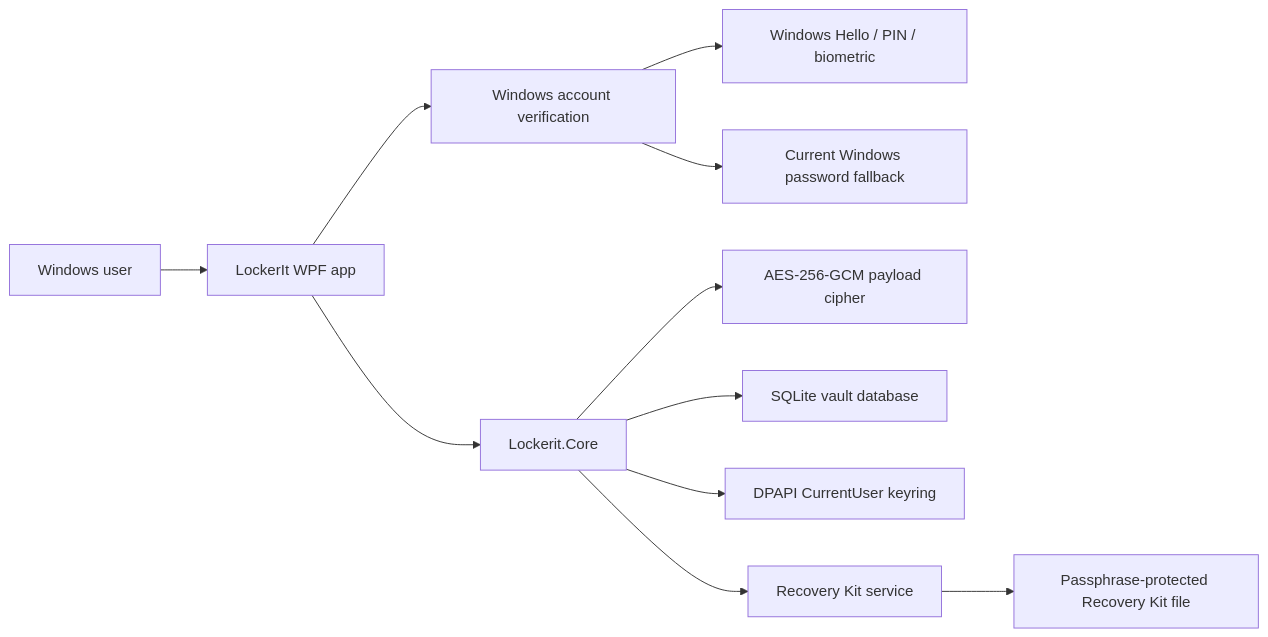
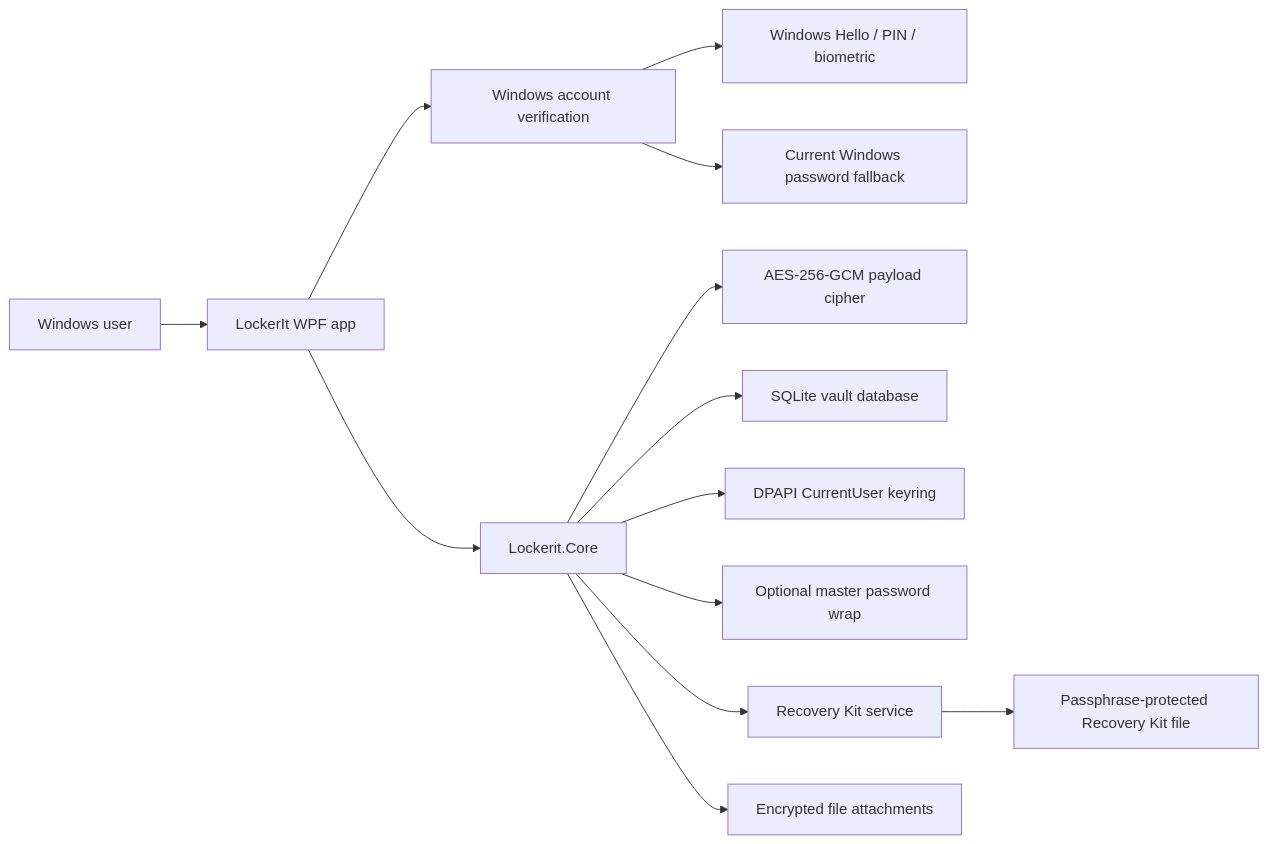
The first of 4 diagrams in README.md (viamus/locker-it), drawn with Mermaid before and after one commit. The commit also changed other lines of this file and 23 other files, not shown here.

````diff
--- a/README.md
+++ b/README.md
@@ -41,13 +44,15 @@
 ```mermaid
 flowchart LR
     User["Windows user"] --> App["LockerIt WPF app"]
     App --> Auth["Windows account verification"]
     Auth --> Hello["Windows Hello / PIN / biometric"]
     Auth --> PasswordFallback["Current Windows password fallback"]
     App --> Core["Lockerit.Core"]
     Core --> Cipher["AES-256-GCM payload cipher"]
     Core --> Store["SQLite vault database"]
     Core --> Keyring["DPAPI CurrentUser keyring"]
+    Core --> MasterPassword["Optional master password wrap"]
     Core --> Recovery["Recovery Kit service"]
+    Core --> Files["Encrypted file attachments"]
     Recovery --> Kit["Passphrase-protected Recovery Kit file"]
 ```
````
